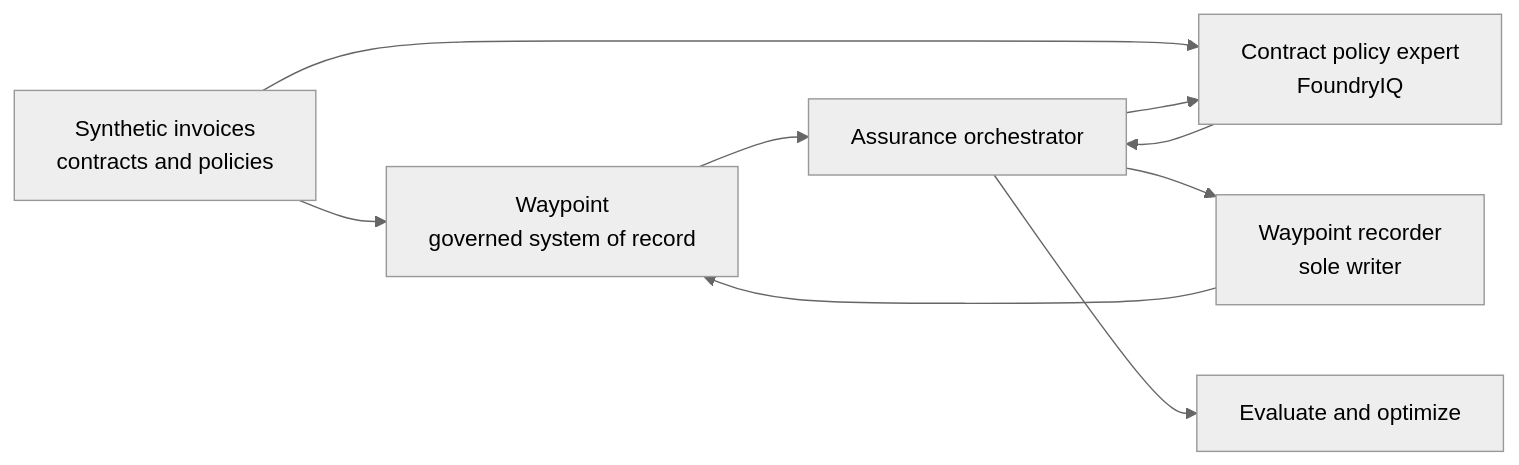
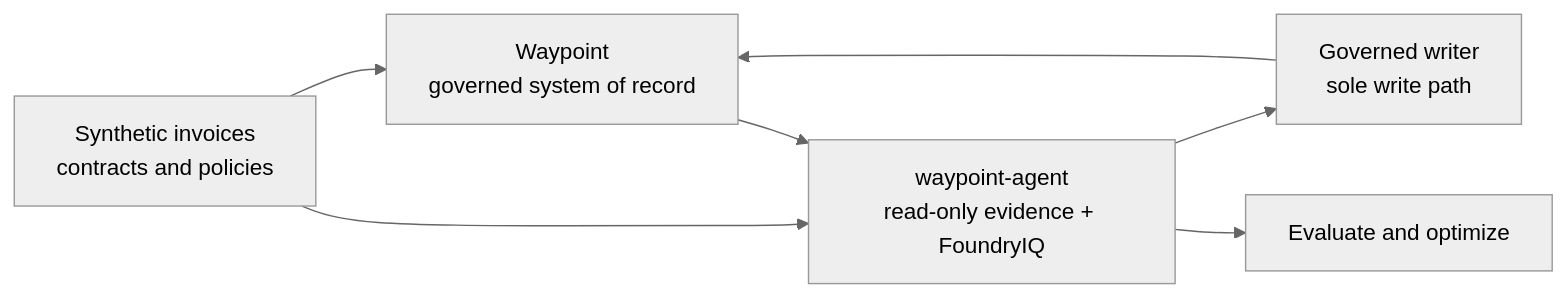
Before and after one commit to caldova/waypoint: the diagram in README.md, drawn with Mermaid (neutral theme). The commit also changed other lines of this file and 1 other file, not shown here.

First line of the commit message:
refactor(deploy): replace fleet deploy pipeline with lean single-agent workflow

````diff
--- a/README.md
+++ b/README.md
@@ -204,18 +201,15 @@
 ```mermaid
 flowchart LR
     Corpus[Synthetic invoices<br/>contracts and policies]
     App[Waypoint<br/>governed system of record]
-    Expert[Contract policy expert<br/>FoundryIQ]
-    Orchestrator[Assurance orchestrator]
-    Recorder[Waypoint recorder<br/>sole writer]
+    Agent[waypoint-agent<br/>read-only evidence + FoundryIQ]
+    Writer[Governed writer<br/>sole write path]
     Evals[Evaluate and optimize]
 
     Corpus --> App
-    Corpus --> Expert
-    App --> Orchestrator
-    Orchestrator --> Expert
-    Expert --> Orchestrator
-    Orchestrator --> Recorder
-    Recorder --> App
-    Orchestrator --> Evals
+    Corpus --> Agent
+    App --> Agent
+    Agent --> Writer
+    Writer --> App
+    Agent --> Evals
 ```
````
